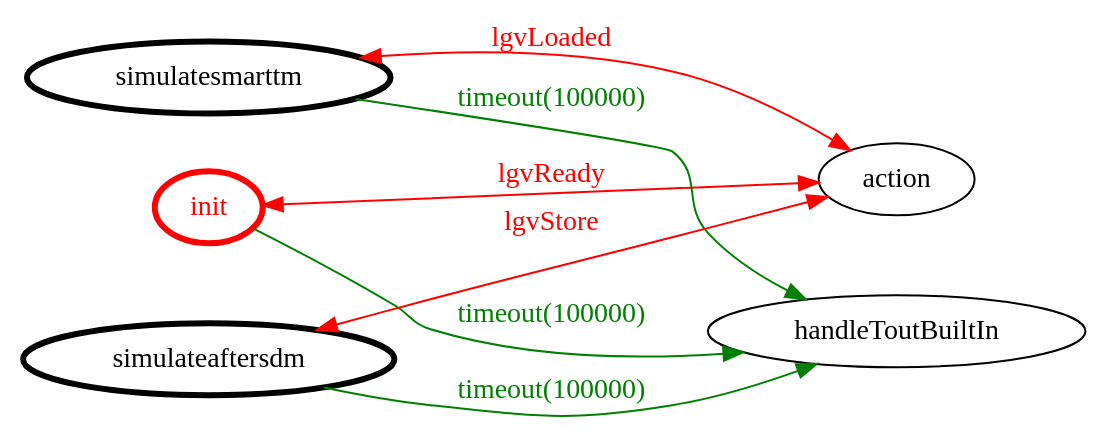
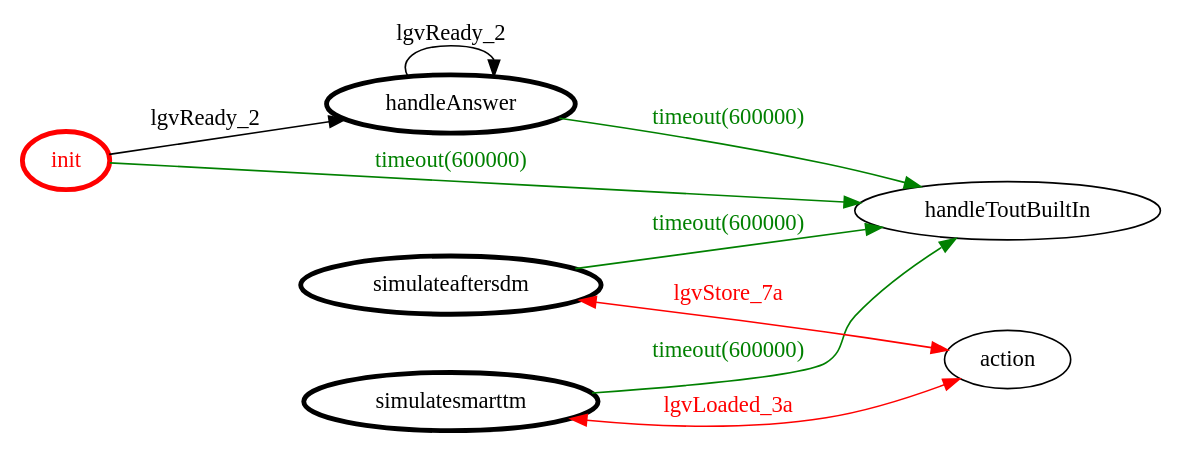
One commit to anatali/lss0 changed the diagram in it.unibo.e80/srcMore/it/unibo/lgvtester/lgvtester.gv. Above: the diagram before and after it, drawn with Graphviz. The commit also changed 377 other files, not shown here.

```diff
--- a/it.unibo.e80/srcMore/it/unibo/lgvtester/lgvtester.gv
+++ b/it.unibo.e80/srcMore/it/unibo/lgvtester/lgvtester.gv
@@ -1,22 +1,25 @@
 /*
 *
 * A GraphViz DOT FSM description 
 * Please use a GraphViz visualizer (like http://www.webgraphviz.com)
 *  
 */
 
 digraph finite_state_machine {
 	rankdir=LR
 	size="8,5"
 	
 	init [ color = red ][ fontcolor = red ][ penwidth = 3 ]
+	handleAnswer [ color = black ][ fontcolor = black ][ penwidth = 3 ]
 	simulatesmarttm [ color = black ][ fontcolor = black ][ penwidth = 3 ]
 	simulateaftersdm [ color = black ][ fontcolor = black ][ penwidth = 3 ]
 	
-	simulatesmarttm -> handleToutBuiltIn [ label = "timeout(100000)" ][ color = green ][ fontcolor = green ]
-	init -> action [ label = "lgvReady" ][ color = red ][ fontcolor = red ][ dir = both ]
-	init -> handleToutBuiltIn [ label = "timeout(100000)" ][ color = green ][ fontcolor = green ]
-	simulateaftersdm -> handleToutBuiltIn [ label = "timeout(100000)" ][ color = green ][ fontcolor = green ]
-	simulatesmarttm -> action [ label = "lgvLoaded" ][ color = red ][ fontcolor = red ][ dir = both ]
-	simulateaftersdm -> action [ label = "lgvStore" ][ color = red ][ fontcolor = red ][ dir = both ]
+	init -> handleAnswer [ label = "lgvReady_2" ][ color = black ][ fontcolor = black ]
+	handleAnswer -> handleAnswer [ label = "lgvReady_2" ][ color = black ][ fontcolor = black ]
+	init -> handleToutBuiltIn [ label = "timeout(600000)" ][ color = green ][ fontcolor = green ]
+	simulateaftersdm -> handleToutBuiltIn [ label = "timeout(600000)" ][ color = green ][ fontcolor = green ]
+	simulateaftersdm -> action [ label = "lgvStore_7a" ][ color = red ][ fontcolor = red ][ dir = both ]
+	simulatesmarttm -> action [ label = "lgvLoaded_3a" ][ color = red ][ fontcolor = red ][ dir = both ]
+	handleAnswer -> handleToutBuiltIn [ label = "timeout(600000)" ][ color = green ][ fontcolor = green ]
+	simulatesmarttm -> handleToutBuiltIn [ label = "timeout(600000)" ][ color = green ][ fontcolor = green ]
 }
```
